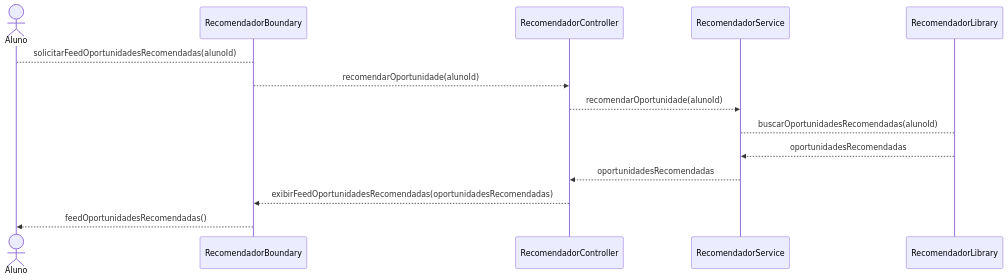
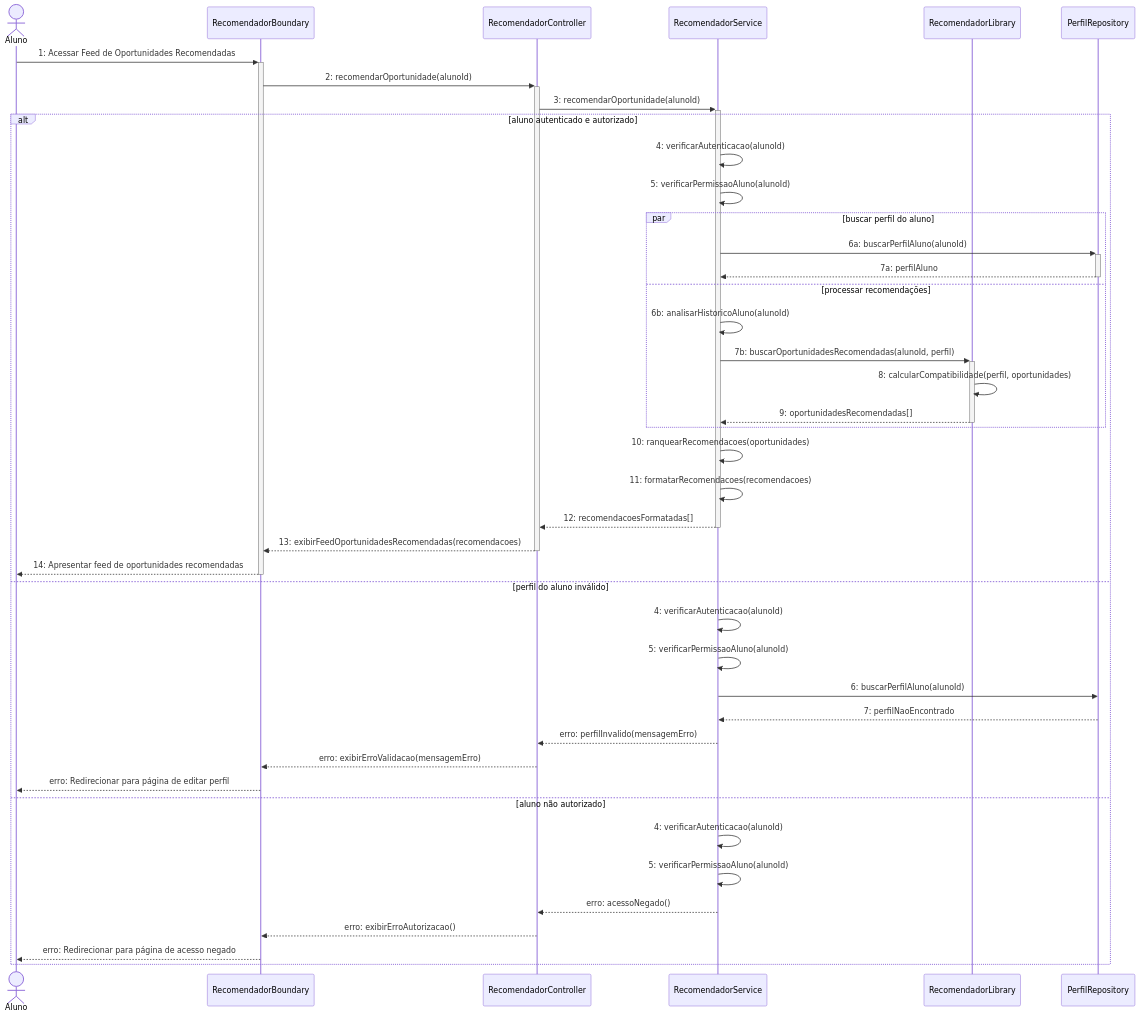
Before and after one commit to ImGabreuw/learning-management-system: the third of 3 diagrams in docs/modeling/oportunity-recommendation-system.md, drawn with Mermaid. The commit also changed other lines of this file, not shown here.

Commit message:
refactor: enhance sequence diagrams for opportunity registration and listing

````diff
--- a/docs/modeling/oportunity-recommendation-system.md
+++ b/docs/modeling/oportunity-recommendation-system.md
@@ -47,18 +85,50 @@
 ```mermaid
 sequenceDiagram
    actor Aluno
-
    participant boundary as RecomendadorBoundary
    participant controller as RecomendadorController
    participant service as RecomendadorService
    participant library as RecomendadorLibrary
+   participant perfilRepo as PerfilRepository
 
-   Aluno-->boundary: solicitarFeedOportunidadesRecomendadas(alunoId)
-   boundary-->>controller: recomendarOportunidade(alunoId)
-   controller-->>service: recomendarOportunidade(alunoId)
-   service-->library: buscarOportunidadesRecomendadas(alunoId)
-   library-->>service: oportunidadesRecomendadas
-   service-->>controller: oportunidadesRecomendadas
-   controller-->>boundary: exibirFeedOportunidadesRecomendadas(oportunidadesRecomendadas)
-   boundary-->>Aluno: feedOportunidadesRecomendadas()
+   Aluno->>+boundary: 1: Acessar Feed de Oportunidades Recomendadas
+   boundary->>+controller: 2: recomendarOportunidade(alunoId)
+   controller->>+service: 3: recomendarOportunidade(alunoId)
+   
+   alt aluno autenticado e autorizado
+       service->>service: 4: verificarAutenticacao(alunoId)
+       service->>service: 5: verificarPermissaoAluno(alunoId)
+       
+       par buscar perfil do aluno
+           service->>+perfilRepo: 6a: buscarPerfilAluno(alunoId)
+           perfilRepo-->>-service: 7a: perfilAluno
+       and processar recomendações
+           service->>service: 6b: analisarHistoricoAluno(alunoId)
+           service->>+library: 7b: buscarOportunidadesRecomendadas(alunoId, perfil)
+           library->>library: 8: calcularCompatibilidade(perfil, oportunidades)
+           library-->>-service: 9: oportunidadesRecomendadas[]
+       end
+       
+       service->>service: 10: ranquearRecomendacoes(oportunidades)
+       service->>service: 11: formatarRecomendacoes(recomendacoes)
+       service-->>-controller: 12: recomendacoesFormatadas[]
+       controller-->>-boundary: 13: exibirFeedOportunidadesRecomendadas(recomendacoes)
+       boundary-->>-Aluno: 14: Apresentar feed de oportunidades recomendadas
+       
+   else perfil do aluno inválido
+       service->>service: 4: verificarAutenticacao(alunoId)
+       service->>service: 5: verificarPermissaoAluno(alunoId)
+       service->>perfilRepo: 6: buscarPerfilAluno(alunoId)
+       perfilRepo-->>service: 7: perfilNaoEncontrado
+       service-->>controller: erro: perfilInvalido(mensagemErro)
+       controller-->>boundary: erro: exibirErroValidacao(mensagemErro)
+       boundary-->>Aluno: erro: Redirecionar para página de editar perfil
+       
+   else aluno não autorizado
+       service->>service: 4: verificarAutenticacao(alunoId)
+       service->>service: 5: verificarPermissaoAluno(alunoId)
+       service-->>controller: erro: acessoNegado()
+       controller-->>boundary: erro: exibirErroAutorizacao()
+       boundary-->>Aluno: erro: Redirecionar para página de acesso negado
+   end
 ```
````
